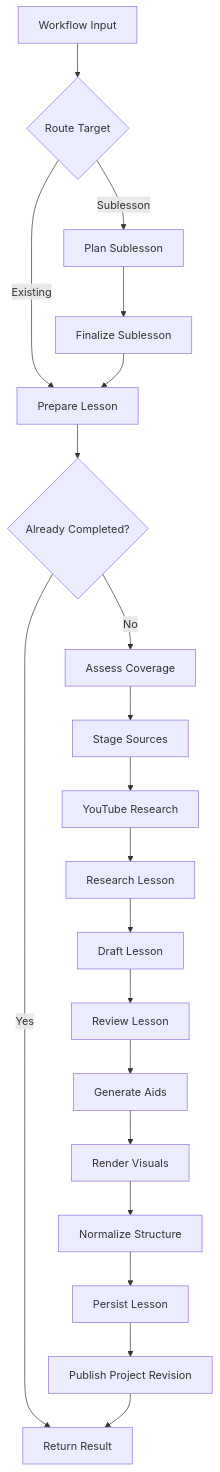
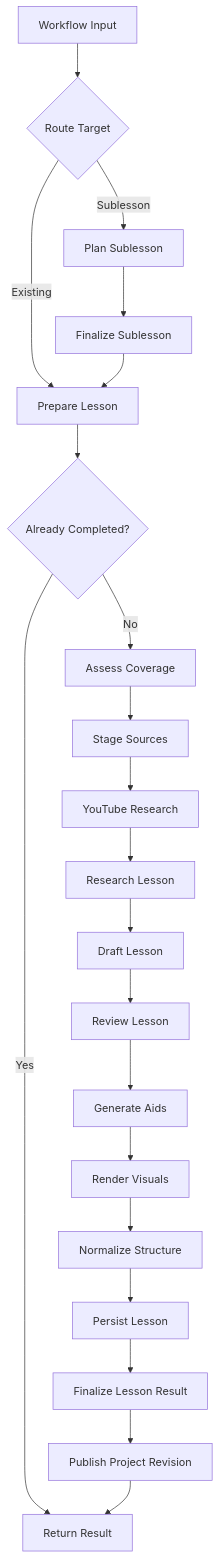
The first of 2 diagrams in .cubic/wiki/03-section-features/02-p-lesson-gen.md (immagiov4/Nous), drawn with Mermaid before and after one commit. The commit also changed 4 other files, not shown here.

````diff
--- a/.cubic/wiki/03-section-features/02-p-lesson-gen.md
+++ b/.cubic/wiki/03-section-features/02-p-lesson-gen.md
@@ -37,25 +37,26 @@
 ```mermaid
 flowchart TD
     Start[Workflow Input] --> RouteTarget{Route Target}
     RouteTarget -->|Existing| Prepare[Prepare Lesson]
     RouteTarget -->|Sublesson| PlanSub[Plan Sublesson]
     
     PlanSub --> FinalizeSub[Finalize Sublesson]
     FinalizeSub --> Prepare
     
     Prepare --> RoutePrepared{Already Completed?}
     RoutePrepared -->|Yes| End[Return Result]
     RoutePrepared -->|No| Coverage[Assess Coverage]
     
     Coverage --> Sources[Stage Sources]
     Sources --> YTResearch[YouTube Research]
     YTResearch --> Research[Research Lesson]
     Research --> Draft[Draft Lesson]
     Draft --> Review[Review Lesson]
     Review --> Aids[Generate Aids]
     Aids --> Visuals[Render Visuals]
     Visuals --> Normalize[Normalize Structure]
     Normalize --> Persist[Persist Lesson]
-    Persist --> Publish[Publish Project Revision]
+    Persist --> Finalize[Finalize Lesson Result]
+    Finalize --> Publish[Publish Project Revision]
     Publish --> End
 ```
````
